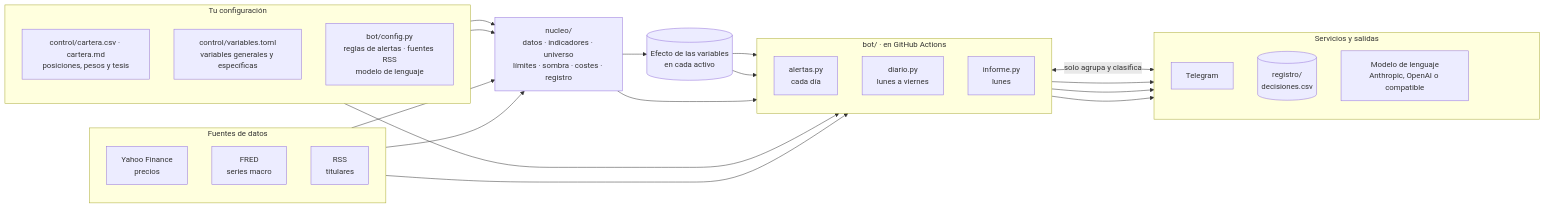
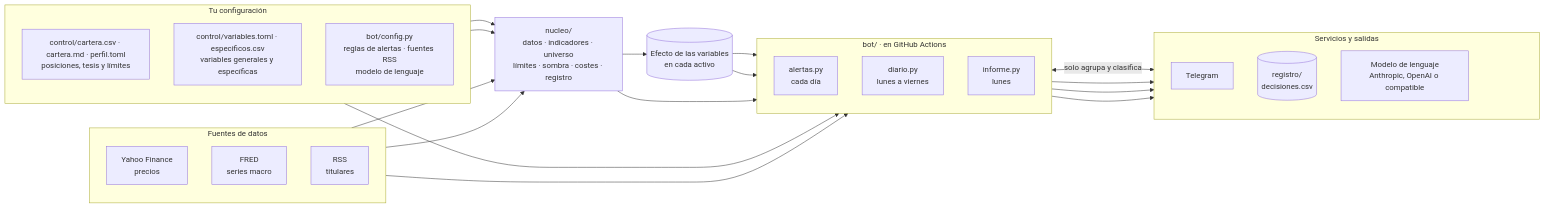
The diagram in README.md (iyantp/asistente-financiero), drawn with Mermaid before and after one commit. The commit also changed other lines of this file and 25 other files, not shown here.

````diff
--- a/README.md
+++ b/README.md
@@ -139,42 +140,42 @@
 ```mermaid
 flowchart LR
     subgraph SRC[Fuentes de datos]
         direction TB
         Y[Yahoo Finance<br/>precios]
         F[FRED<br/>series macro]
         R[RSS<br/>titulares]
     end
     subgraph CFG[Tu configuración]
         direction TB
-        CA[control/cartera.csv · cartera.md<br/>posiciones, pesos y tesis]
-        VA[control/variables.toml<br/>variables generales y específicas]
+        CA[control/cartera.csv · cartera.md · perfil.toml<br/>posiciones, tesis y límites]
+        VA[control/variables.toml · especificos.csv<br/>variables generales y específicas]
         CB[bot/config.py<br/>reglas de alertas · fuentes RSS<br/>modelo de lenguaje]
     end
     N[nucleo/<br/>datos · indicadores · universo<br/>límites · sombra · costes · registro]
     M[(Efecto de las variables<br/>en cada activo)]
     subgraph BOT[bot/ · en GitHub Actions]
         direction TB
         A[alertas.py<br/>cada día]
         D[diario.py<br/>lunes a viernes]
         I[informe.py<br/>lunes]
     end
     subgraph OUT[Servicios y salidas]
         direction TB
         T[Telegram]
         RG[(registro/<br/>decisiones.csv)]
         LLM[Modelo de lenguaje<br/>Anthropic, OpenAI o compatible]
         HUECO[" "]:::oculto
     end
     classDef oculto fill:none,stroke:none,color:transparent
 
     Y & F --> N
     CA & VA --> N
     N --> M
     N --> BOT
     CB --> BOT
     M --> D & I
     R --> D
     D <-->|solo agrupa y clasifica| LLM
     BOT --> T
     A & D --> RG
 ```
````
